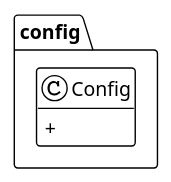
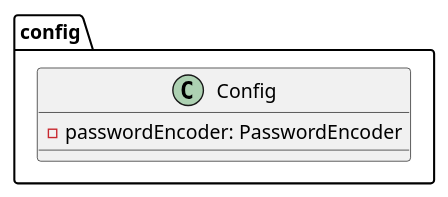
One commit to kanavii3333/ec-b changed the diagram in plan/uml/class/config.plantuml. Above: the diagram before and after it, drawn with PlantUML.

Commit message:
config.plantuml の修正

```diff
--- a/plan/uml/class/config.plantuml
+++ b/plan/uml/class/config.plantuml
@@ -1,14 +1,8 @@
-@startuml
-
-!theme plain
-hide empty members
-left to right direction
-
-package config {
+package config{
+    class Config{
+        -passwordEncoder: PasswordEncoder
+  
+    }
 
  
-    class Config {
-      +
-   }
-
-@enduml
+}
```
